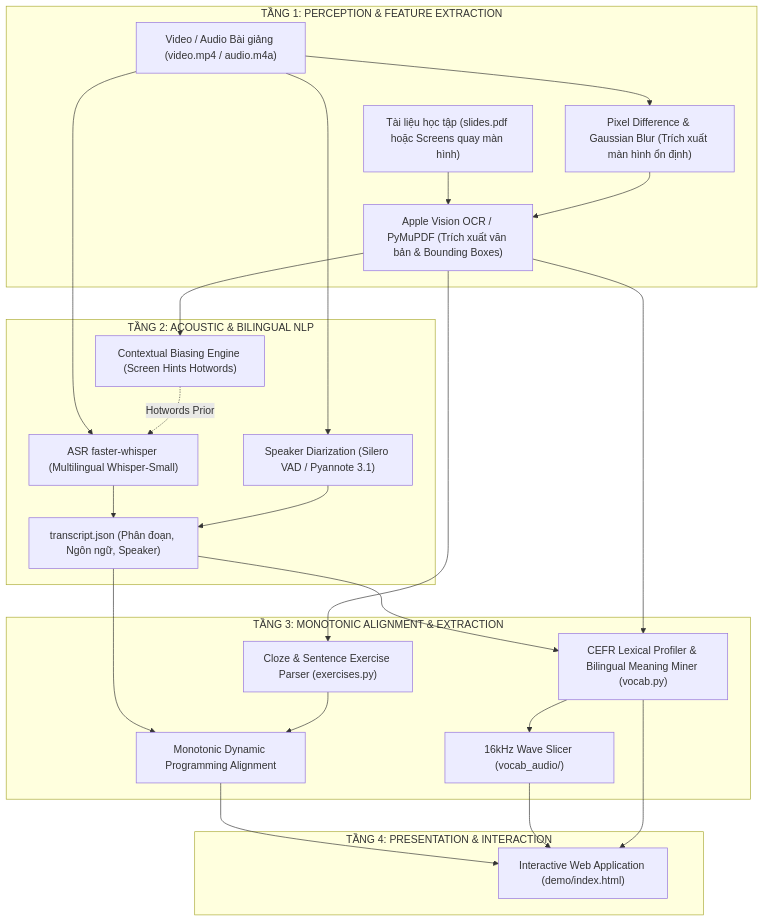
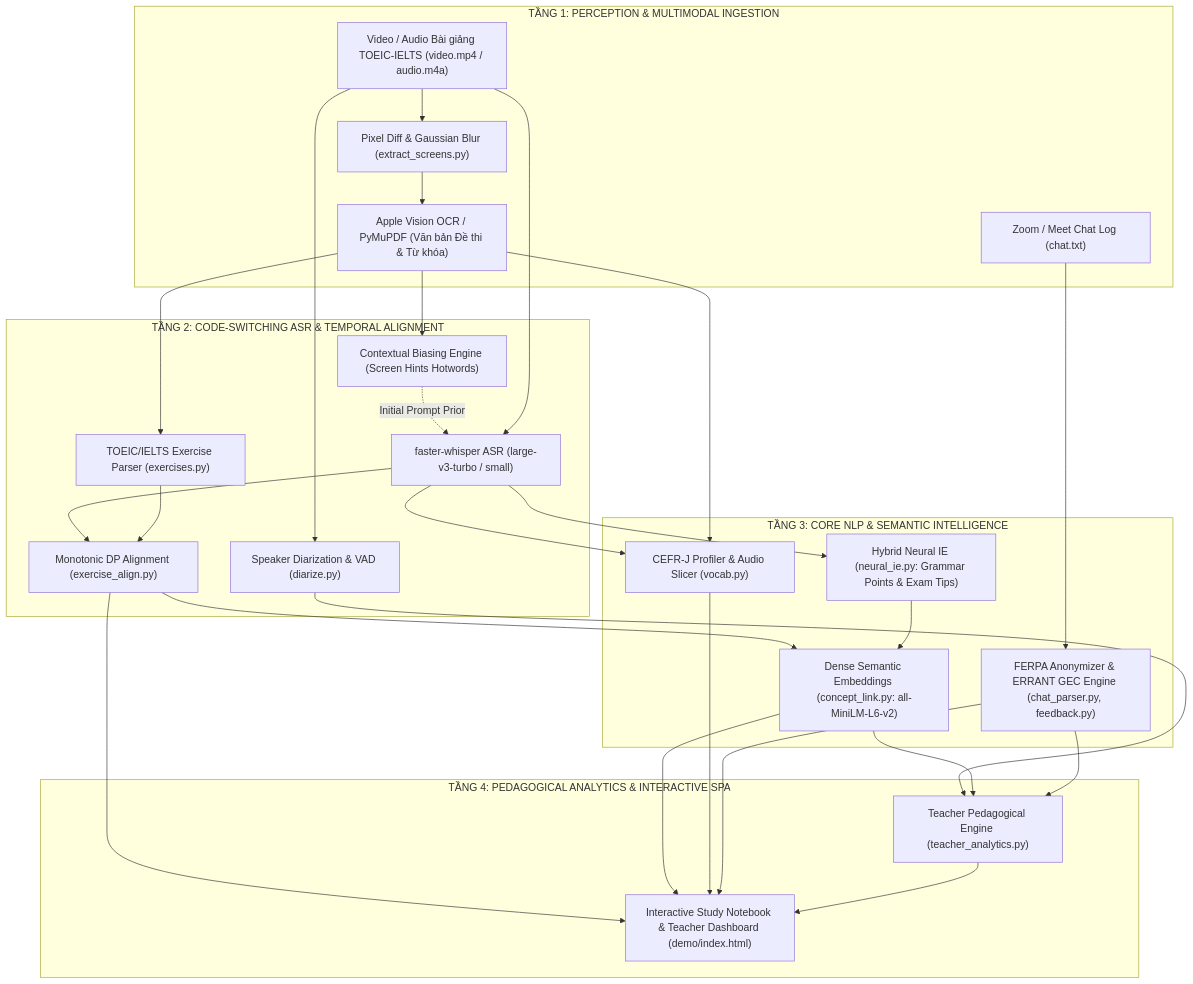
One commit to CelesEclipse/NLP501_edusync_mvp changed the diagram in report/edusync_nlp_architecture_and_literature.md. Above: the diagram before and after it, drawn with Mermaid. The commit also changed other lines of this file and 20 other files, not shown here.

Commit message:
docs: unify TOEIC/IELTS focus, add research citations & technical NLP defense guide

````diff
--- a/report/edusync_nlp_architecture_and_literature.md
+++ b/report/edusync_nlp_architecture_and_literature.md
@@ -27,44 +44,42 @@
 ```mermaid
 flowchart TD
-    subgraph T1["TẦNG 1: PERCEPTION & FEATURE EXTRACTION"]
-        Video["Video / Audio Bài giảng (video.mp4 / audio.m4a)"]
-        Slides["Tài liệu học tập (slides.pdf hoặc Screens quay màn hình)"]
-        OCR["Apple Vision OCR / PyMuPDF (Trích xuất văn bản & Bounding Boxes)"]
-        SceneDiff["Pixel Difference & Gaussian Blur (Trích xuất màn hình ổn định)"]
-        Slides --> OCR
-        Video --> SceneDiff
-        SceneDiff --> OCR
+    subgraph T1["TẦNG 1: PERCEPTION & MULTIMODAL INGESTION"]
+        Video["Video / Audio Bài giảng TOEIC-IELTS (video.mp4 / audio.m4a)"]
+        SceneDiff["Pixel Diff & Gaussian Blur (extract_screens.py)"]
+        OCR["Apple Vision OCR / PyMuPDF (Văn bản Đề thi & Từ khóa)"]
+        ChatRaw["Zoom / Meet Chat Log (chat.txt)"]
+        Video --> SceneDiff --> OCR
     end
 
-    subgraph T2["TẦNG 2: ACOUSTIC & BILINGUAL NLP"]
-        Whisper["ASR faster-whisper (Multilingual Whisper-Small)"]
+    subgraph T2["TẦNG 2: CODE-SWITCHING ASR & TEMPORAL ALIGNMENT"]
         ScreenHints["Contextual Biasing Engine (Screen Hints Hotwords)"]
-        Diarize["Speaker Diarization (Silero VAD / Pyannote 3.1)"]
+        Whisper["faster-whisper ASR (large-v3-turbo / small)"]
+        Diarize["Speaker Diarization & VAD (diarize.py)"]
+        ExerciseParser["TOEIC/IELTS Exercise Parser (exercises.py)"]
+        MonotonicDP["Monotonic DP Alignment (exercise_align.py)"]
         OCR --> ScreenHints
+        ScreenHints -.->|Initial Prompt Prior| Whisper
         Video --> Whisper
-        ScreenHints -.->|Hotwords Prior| Whisper
-        Whisper --> Transcript["transcript.json (Phân đoạn, Ngôn ngữ, Speaker)"]
         Video --> Diarize
-        Diarize --> Transcript
+        OCR --> ExerciseParser
+        Whisper & ExerciseParser --> MonotonicDP
     end
 
-    subgraph T3["TẦNG 3: MONOTONIC ALIGNMENT & EXTRACTION"]
-        MonotonicDP["Monotonic Dynamic Programming Alignment"]
-        ExerciseParser["Cloze & Sentence Exercise Parser (exercises.py)"]
-        LexicalProfiler["CEFR Lexical Profiler & Bilingual Meaning Miner (vocab.py)"]
-        AudioSlicer["16kHz Wave Slicer (vocab_audio/)"]
-        Transcript --> MonotonicDP
-        OCR --> ExerciseParser
-        ExerciseParser --> MonotonicDP
-        Transcript --> LexicalProfiler
-        OCR --> LexicalProfiler
-        LexicalProfiler --> AudioSlicer
+    subgraph T3["TẦNG 3: CORE NLP & SEMANTIC INTELLIGENCE"]
+        NeuralIE["Hybrid Neural IE (neural_ie.py: Grammar Points & Exam Tips)"]
+        DenseEmb["Dense Semantic Embeddings (concept_link.py: all-MiniLM-L6-v2)"]
+        LexicalProfiler["CEFR-J Profiler & Audio Slicer (vocab.py)"]
+        ChatGEC["FERPA Anonymizer & ERRANT GEC Engine (chat_parser.py, feedback.py)"]
+        Whisper --> NeuralIE
+        MonotonicDP & NeuralIE --> DenseEmb
+        Whisper & OCR --> LexicalProfiler
+        ChatRaw --> ChatGEC
     end
 
-    subgraph T4["TẦNG 4: PRESENTATION & INTERACTION"]
-        WebDemo["Interactive Web Application (demo/index.html)"]
-        MonotonicDP --> WebDemo
-        AudioSlicer --> WebDemo
-        LexicalProfiler --> WebDemo
+    subgraph T4["TẦNG 4: PEDAGOGICAL ANALYTICS & INTERACTIVE SPA"]
+        TeacherAnalytics["Teacher Pedagogical Engine (teacher_analytics.py)"]
+        WebDemo["Interactive Study Notebook & Teacher Dashboard (demo/index.html)"]
+        Diarize & DenseEmb & ChatGEC --> TeacherAnalytics
+        MonotonicDP & DenseEmb & LexicalProfiler & ChatGEC & TeacherAnalytics --> WebDemo
     end
 ```
````
